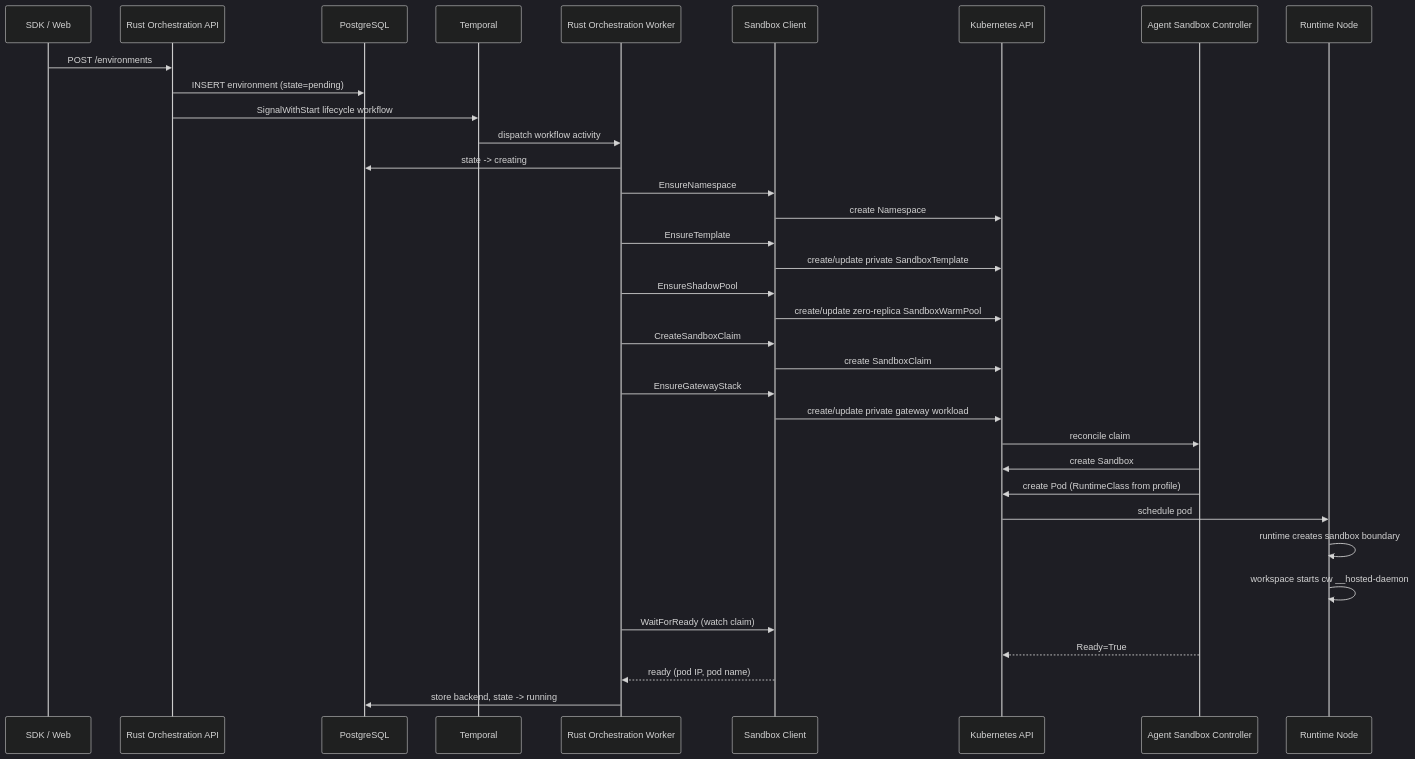
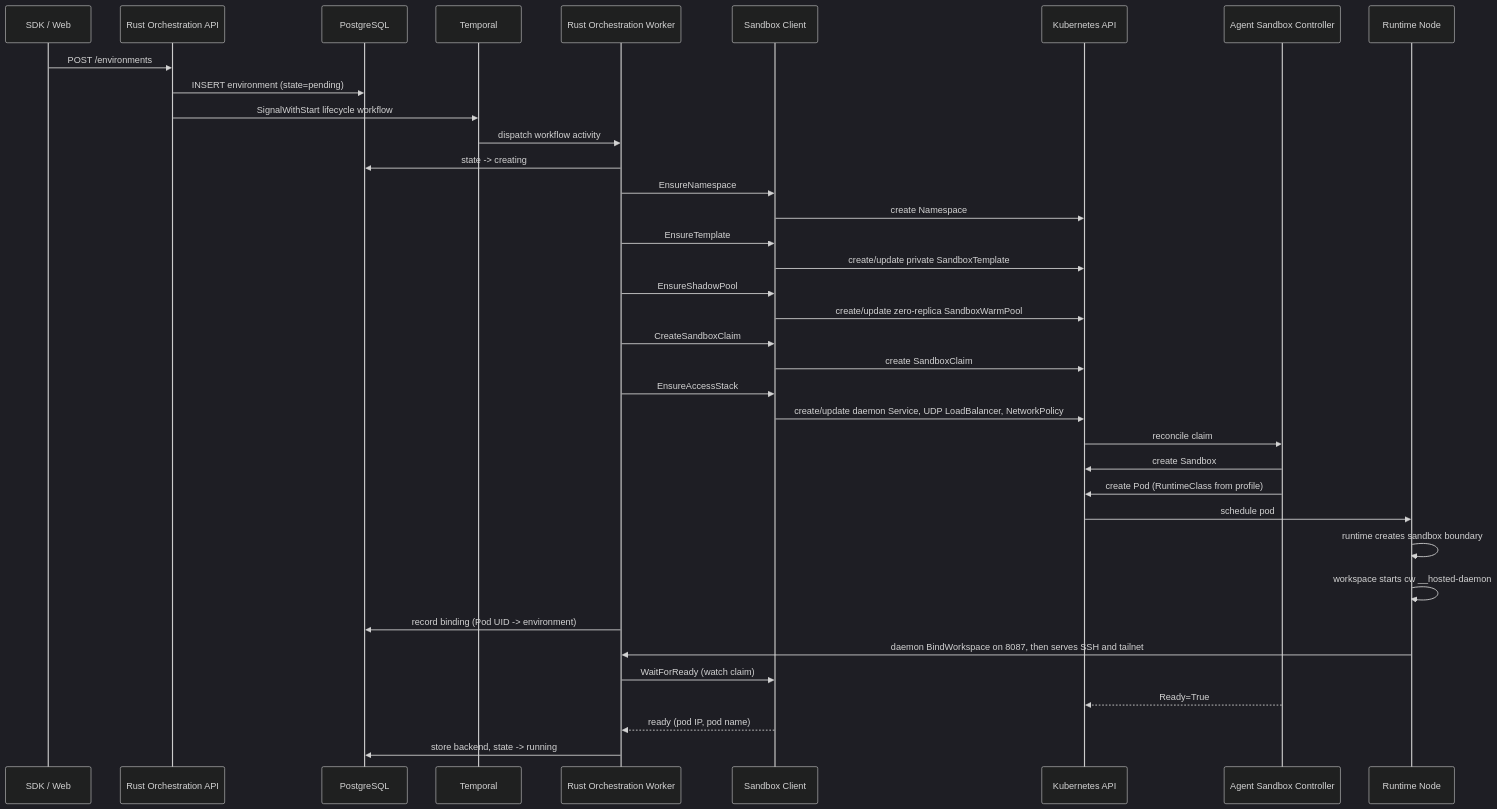
Before and after one commit to codewiresh/codewire: the second of 3 diagrams in docs/ARCHITECTURE.md, drawn with Mermaid (dark theme). The commit also changed other lines of this file and 1 other file, not shown here.

First line of the commit message:
docs: describe the daemon-hosted sandbox without the gateway

````diff
--- a/docs/ARCHITECTURE.md
+++ b/docs/ARCHITECTURE.md
@@ -532,38 +530,40 @@
 ```mermaid
 sequenceDiagram
     participant Client as SDK / Web
     participant API as Rust Orchestration API
     participant DB as PostgreSQL
     participant Temporal as Temporal
     participant Worker as Rust Orchestration Worker
     participant SC as Sandbox Client
     participant K8s as Kubernetes API
     participant Ctrl as Agent Sandbox Controller
     participant Node as Runtime Node
 
     Client->>API: POST /environments
     API->>DB: INSERT environment (state=pending)
     API->>Temporal: SignalWithStart lifecycle workflow
     Temporal->>Worker: dispatch workflow activity
     Worker->>DB: state -> creating
     Worker->>SC: EnsureNamespace
     SC->>K8s: create Namespace
     Worker->>SC: EnsureTemplate
     SC->>K8s: create/update private SandboxTemplate
     Worker->>SC: EnsureShadowPool
     SC->>K8s: create/update zero-replica SandboxWarmPool
     Worker->>SC: CreateSandboxClaim
     SC->>K8s: create SandboxClaim
-    Worker->>SC: EnsureGatewayStack
-    SC->>K8s: create/update private gateway workload
+    Worker->>SC: EnsureAccessStack
+    SC->>K8s: create/update daemon Service, UDP LoadBalancer, NetworkPolicy
     K8s->>Ctrl: reconcile claim
     Ctrl->>K8s: create Sandbox
     Ctrl->>K8s: create Pod (RuntimeClass from profile)
     K8s->>Node: schedule pod
     Node->>Node: runtime creates sandbox boundary
     Node->>Node: workspace starts cw __hosted-daemon
+    Worker->>DB: record binding (Pod UID -> environment)
+    Node->>Worker: daemon BindWorkspace on 8087, then serves SSH and tailnet
     Worker->>SC: WaitForReady (watch claim)
     Ctrl-->>K8s: Ready=True
     SC-->>Worker: ready (pod IP, pod name)
     Worker->>DB: store backend, state -> running
 ```
````
